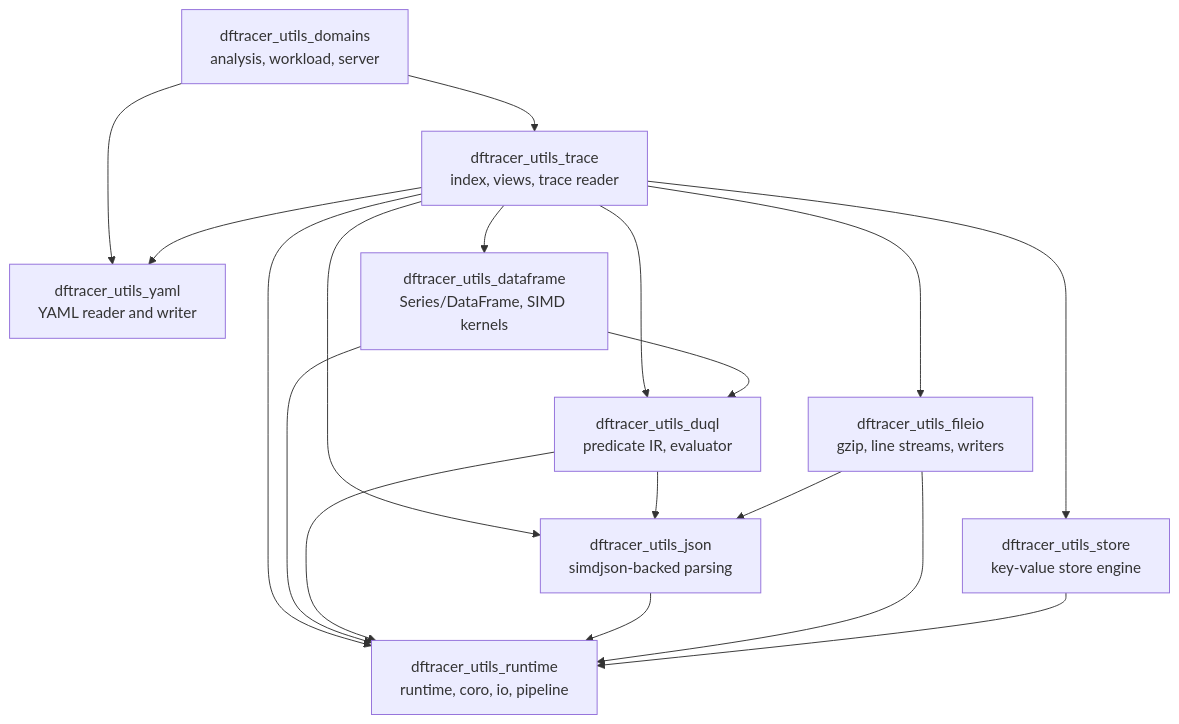
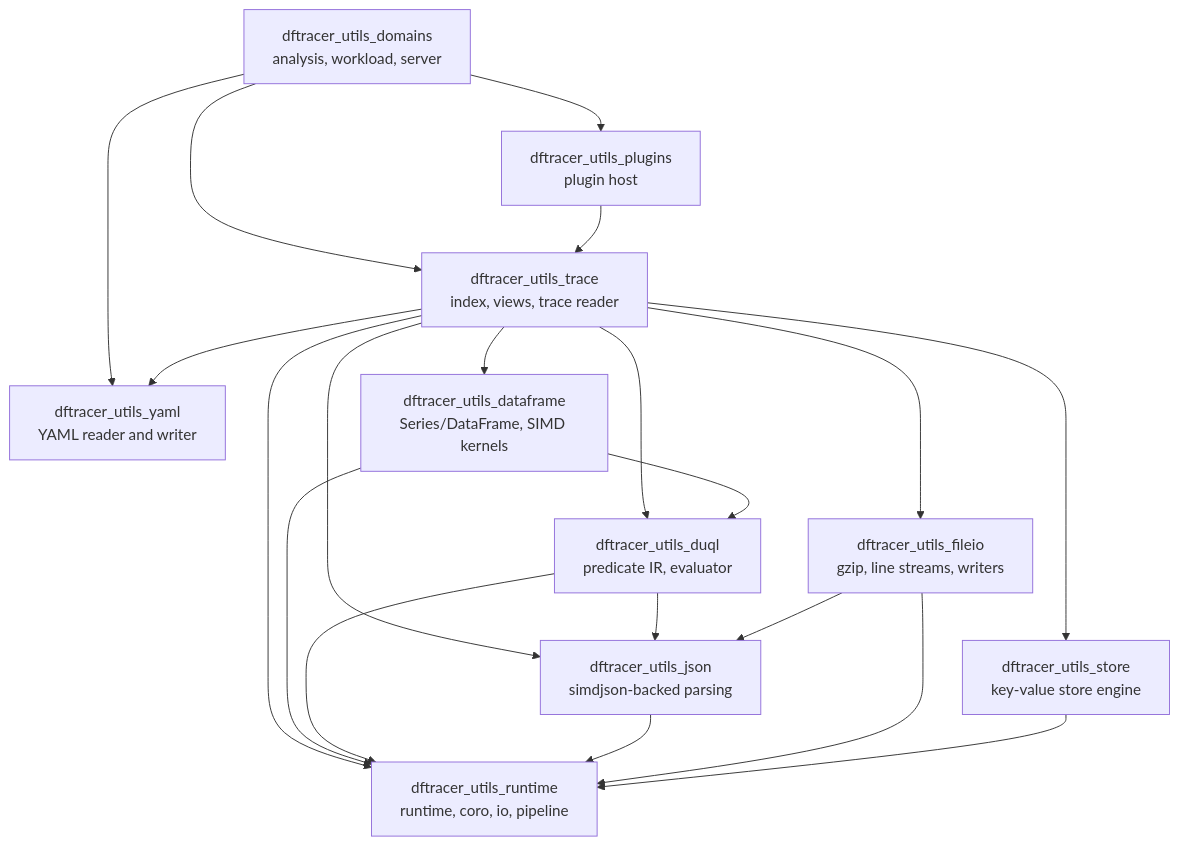
One commit to llnl-asr/dftracer-utils changed the first of 2 diagrams in docs/source/concepts/architecture.rst. Above: the diagram before and after it, drawn with Mermaid. The commit also changed other lines of this file and 1300 other files, not shown here.

Commit message:
feat(plugins): redesign the plugin abi and add the arrow library

```diff
--- a/docs/source/concepts/architecture.rst
+++ b/docs/source/concepts/architecture.rst
@@ -62,29 +65,32 @@
 .. mermaid::
 
    graph TB
        Runtime["dftracer_utils_runtime<br/>runtime, coro, io, pipeline"]
        Store["dftracer_utils_store<br/>key-value store engine"]
        Io["dftracer_utils_fileio<br/>gzip, line streams, writers"]
        Json["dftracer_utils_json<br/>simdjson-backed parsing"]
        Yaml["dftracer_utils_yaml<br/>YAML reader and writer"]
        Query["dftracer_utils_duql<br/>predicate IR, evaluator"]
        DF["dftracer_utils_dataframe<br/>Series/DataFrame, SIMD kernels"]
        Trace["dftracer_utils_trace<br/>index, views, trace reader"]
+       Plugins["dftracer_utils_plugins<br/>plugin host"]
        Util["dftracer_utils_domains<br/>analysis, workload, server"]
        Store --> Runtime
        Io --> Runtime
        Io --> Json
        Json --> Runtime
        Query --> Runtime
        Query --> Json
        DF --> Runtime
        DF --> Query
        Trace --> Runtime
        Trace --> Store
        Trace --> Io
        Trace --> Json
        Trace --> Yaml
        Trace --> Query
        Trace --> DF
+       Plugins --> Trace
+       Util --> Plugins
        Util --> Trace
        Util --> Yaml
```
